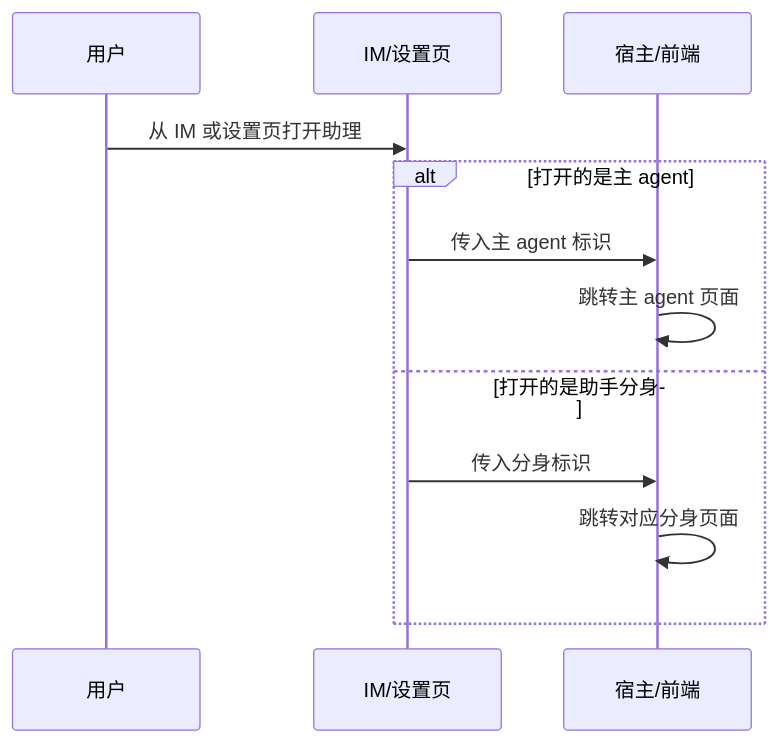
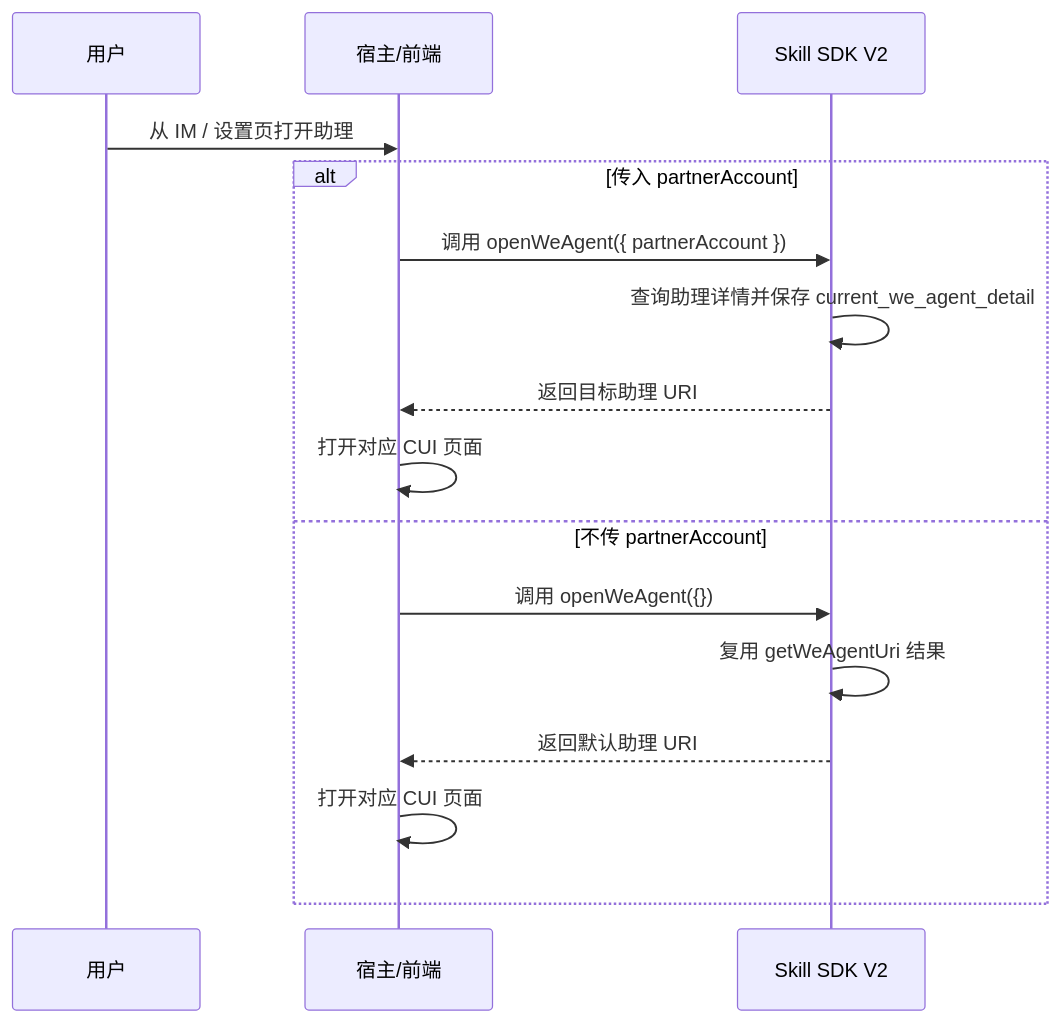
Before and after one commit to Abelsjcheng/skillSDK: the third of 3 diagrams in ai-chat-viewer/docs/plans/2026-05-20-assistant-tab-default-wecode-plan.md, drawn with Mermaid. The commit also changed other lines of this file and 1 other file, not shown here.

````diff
--- a/ai-chat-viewer/docs/plans/2026-05-20-assistant-tab-default-wecode-plan.md
+++ b/ai-chat-viewer/docs/plans/2026-05-20-assistant-tab-default-wecode-plan.md
@@ -124,15 +106,19 @@
 ```mermaid
 sequenceDiagram
     participant User as 用户
-    participant IM as IM/设置页
     participant Host as 宿主/前端
+    participant SDK as Skill SDK V2
 
-    User->>IM: 从 IM 或设置页打开助理
-    alt 打开的是主 agent
-        IM->>Host: 传入主 agent 标识
-        Host->>Host: 跳转主 agent 页面
-    else 打开的是助手分身
-        IM->>Host: 传入分身标识
-        Host->>Host: 跳转对应分身页面
+    User->>Host: 从 IM / 设置页打开助理
+    alt 传入 partnerAccount
+        Host->>SDK: 调用 openWeAgent({ partnerAccount })
+        SDK->>SDK: 查询助理详情并保存 current_we_agent_detail
+        SDK-->>Host: 返回目标助理 URI
+        Host->>Host: 打开对应 CUI 页面
+    else 不传 partnerAccount
+        Host->>SDK: 调用 openWeAgent({})
+        SDK->>SDK: 复用 getWeAgentUri 结果
+        SDK-->>Host: 返回默认助理 URI
+        Host->>Host: 打开对应 CUI 页面
     end
 ```
````
